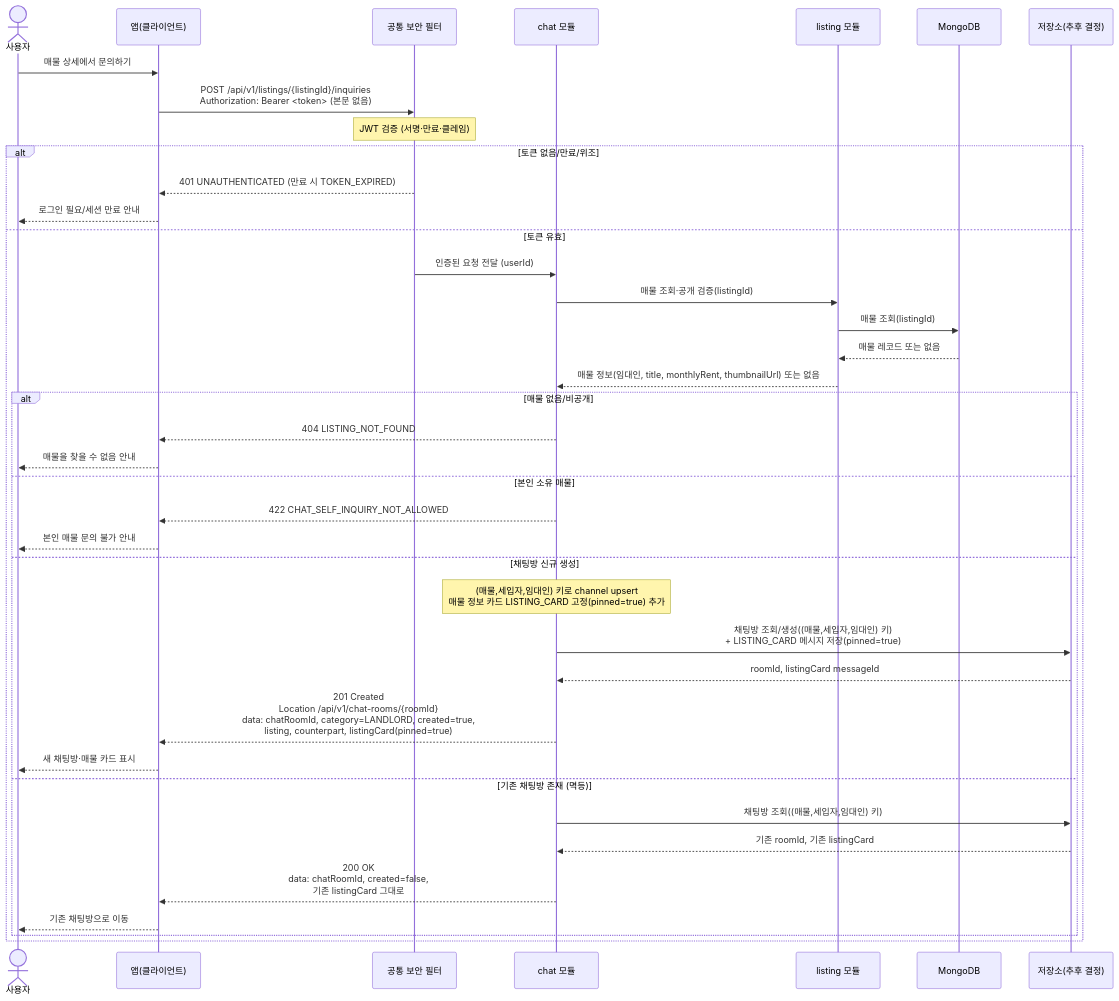
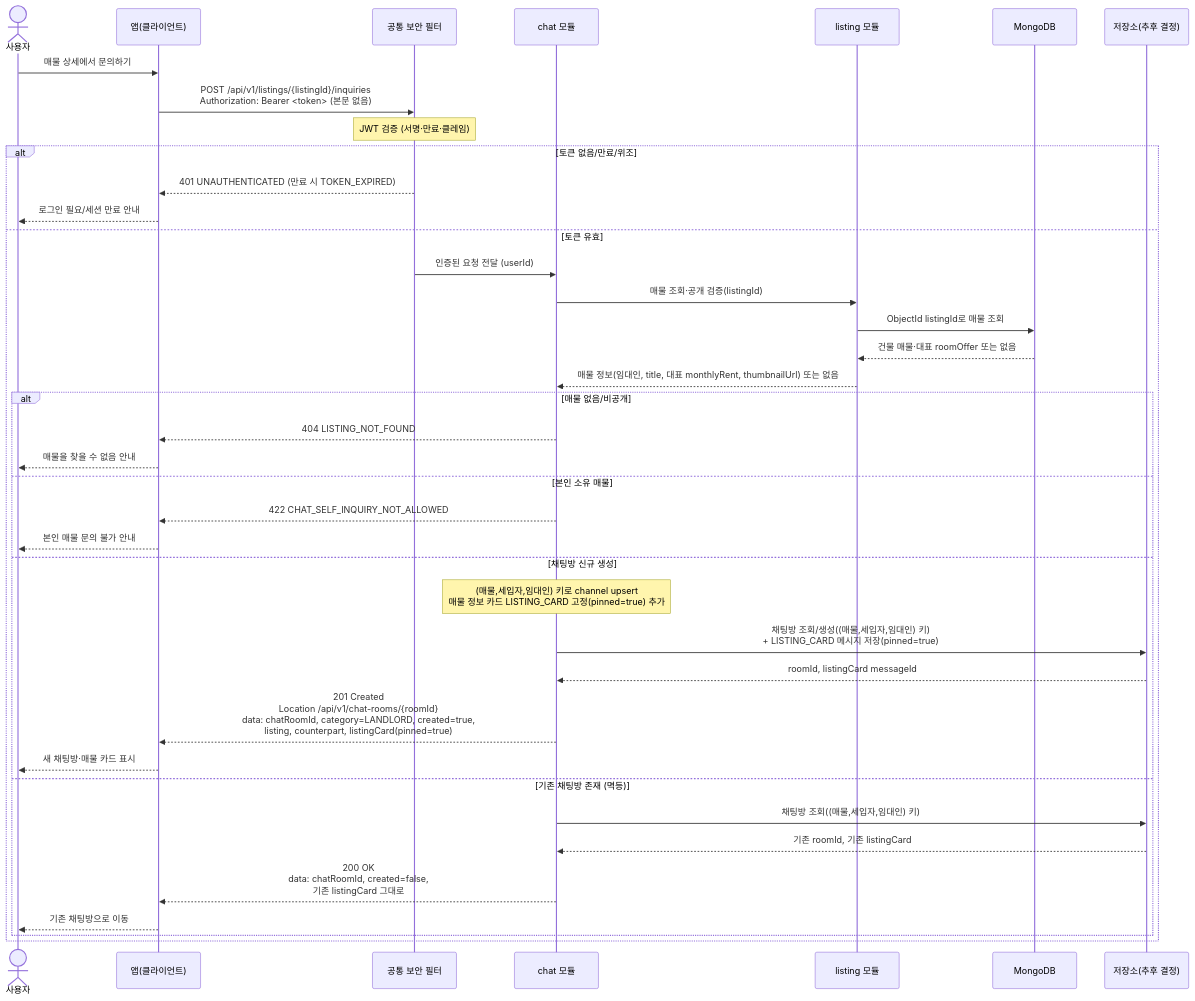
One commit to jameskim9509/Kohere-backend changed the diagram in docs/architecture/sequence-diagrams/04-booking-inquiry-chat/us-4-2-inquiry-chatroom.md. Above: the diagram before and after it, drawn with Mermaid. The commit also changed other lines of this file and 51 other files, not shown here.

````diff
--- a/docs/architecture/sequence-diagrams/04-booking-inquiry-chat/us-4-2-inquiry-chatroom.md
+++ b/docs/architecture/sequence-diagrams/04-booking-inquiry-chat/us-4-2-inquiry-chatroom.md
@@ -5,44 +5,44 @@
 ```mermaid
 sequenceDiagram
     actor U as 사용자
     participant C as 앱(클라이언트)
     participant SEC as 공통 보안 필터
     participant CHAT as chat 모듈
     participant LIST as listing 모듈
     participant MDB as MongoDB
     participant XDB as 저장소(추후 결정)
 
     U->>C: 매물 상세에서 문의하기
     C->>SEC: POST /api/v1/listings/{listingId}/inquiries<br/>Authorization: Bearer <token> (본문 없음)
     Note over SEC: JWT 검증 (서명·만료·클레임)
 
     alt 토큰 없음/만료/위조
         SEC-->>C: 401 UNAUTHENTICATED (만료 시 TOKEN_EXPIRED)
         C-->>U: 로그인 필요/세션 만료 안내
     else 토큰 유효
         SEC->>CHAT: 인증된 요청 전달 (userId)
         CHAT->>LIST: 매물 조회·공개 검증(listingId)
-        LIST->>MDB: 매물 조회(listingId)
-        MDB-->>LIST: 매물 레코드 또는 없음
-        LIST-->>CHAT: 매물 정보(임대인, title, monthlyRent, thumbnailUrl) 또는 없음
+        LIST->>MDB: ObjectId listingId로 매물 조회
+        MDB-->>LIST: 건물 매물·대표 roomOffer 또는 없음
+        LIST-->>CHAT: 매물 정보(임대인, title, 대표 monthlyRent, thumbnailUrl) 또는 없음
 
         alt 매물 없음/비공개
             CHAT-->>C: 404 LISTING_NOT_FOUND
             C-->>U: 매물을 찾을 수 없음 안내
         else 본인 소유 매물
             CHAT-->>C: 422 CHAT_SELF_INQUIRY_NOT_ALLOWED
             C-->>U: 본인 매물 문의 불가 안내
         else 채팅방 신규 생성
             Note over CHAT: (매물,세입자,임대인) 키로 channel upsert<br/>매물 정보 카드 LISTING_CARD 고정(pinned=true) 추가
             CHAT->>XDB: 채팅방 조회/생성((매물,세입자,임대인) 키)<br/>+ LISTING_CARD 메시지 저장(pinned=true)
             XDB-->>CHAT: roomId, listingCard messageId
             CHAT-->>C: 201 Created<br/>Location /api/v1/chat-rooms/{roomId}<br/>data: chatRoomId, category=LANDLORD, created=true,<br/>listing, counterpart, listingCard(pinned=true)
             C-->>U: 새 채팅방·매물 카드 표시
         else 기존 채팅방 존재 (멱등)
             CHAT->>XDB: 채팅방 조회((매물,세입자,임대인) 키)
             XDB-->>CHAT: 기존 roomId, 기존 listingCard
             CHAT-->>C: 200 OK<br/>data: chatRoomId, created=false,<br/>기존 listingCard 그대로
             C-->>U: 기존 채팅방으로 이동
         end
     end
 ```
````
